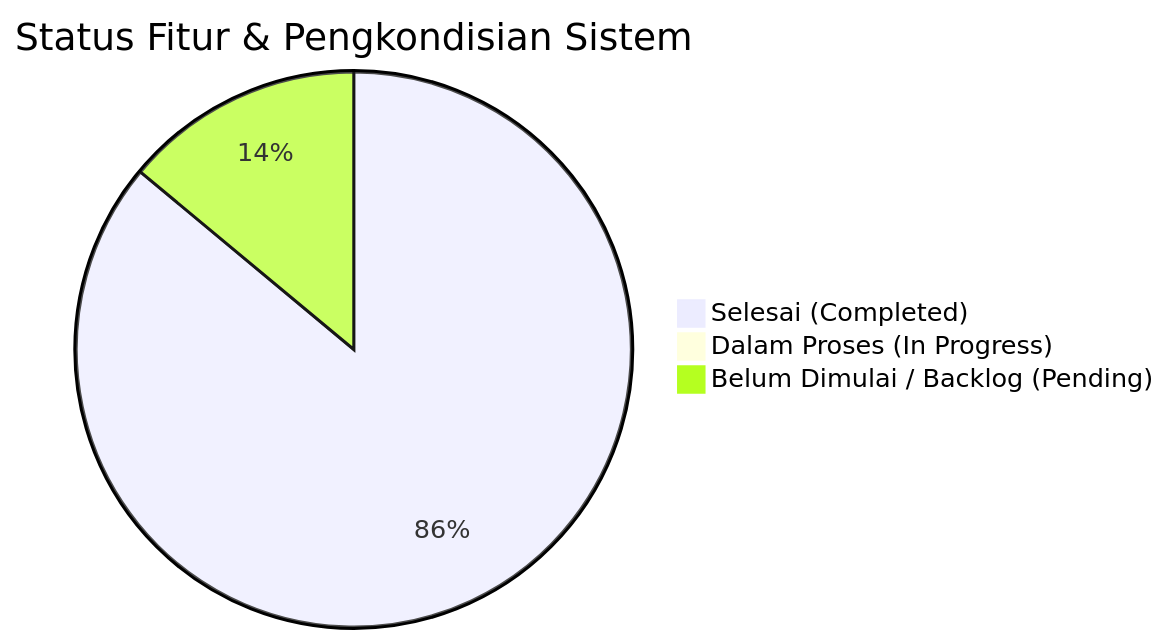
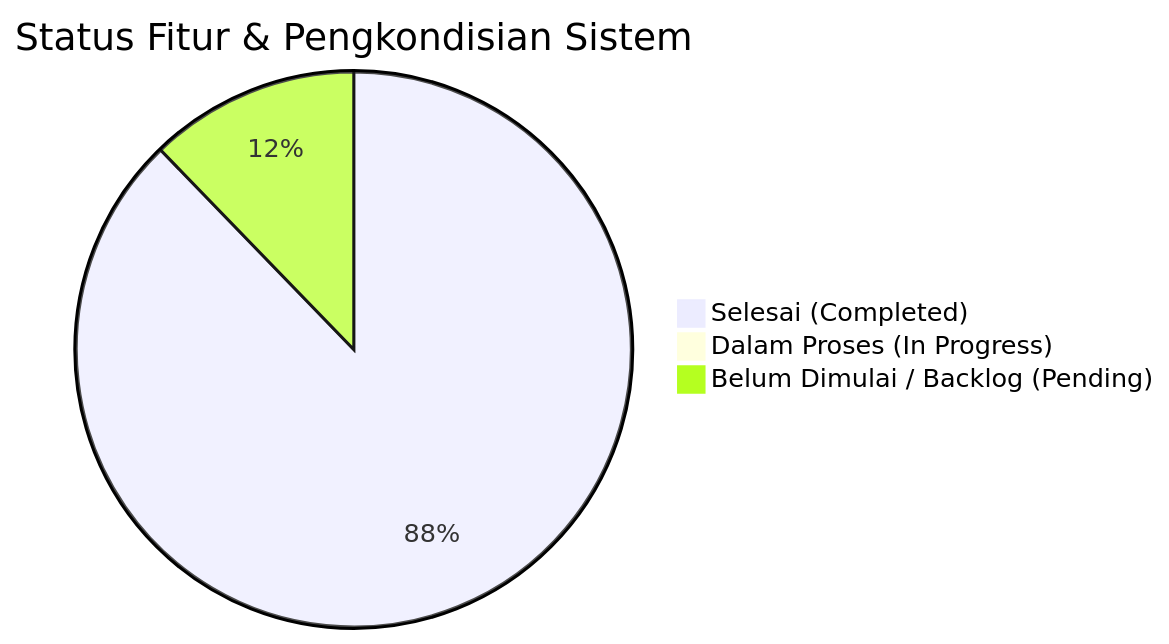
The diagram in docs/progress_pengembangan_sistem_presensi.md (4lliiifffff/pengembangan-presensi-pkbmpikat), drawn with Mermaid before and after one commit. The commit also changed other lines of this file and 9 other files, not shown here.

````diff
--- a/docs/progress_pengembangan_sistem_presensi.md
+++ b/docs/progress_pengembangan_sistem_presensi.md
@@ -12,6 +12,6 @@
 ```mermaid
 pie title Status Fitur & Pengkondisian Sistem
-    "Selesai (Completed)" : 37
+    "Selesai (Completed)" : 43
     "Dalam Proses (In Progress)" : 0
     "Belum Dimulai / Backlog (Pending)" : 6
 ```
````
